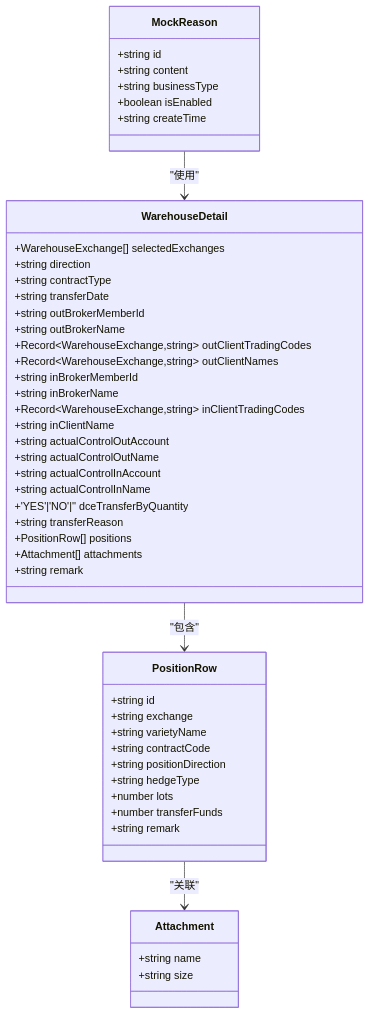
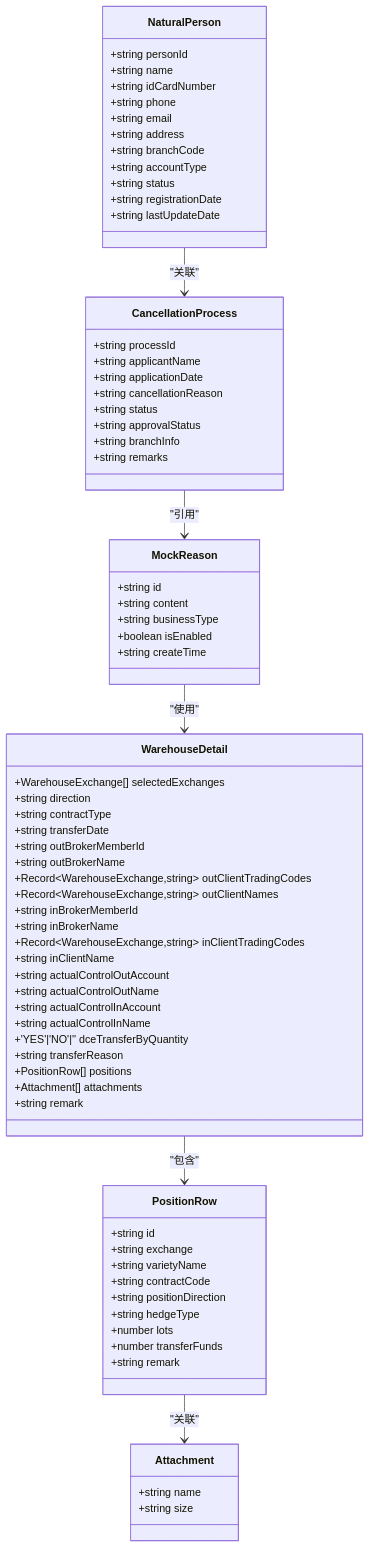
One commit to chinak/permission_apply changed the second of 10 diagrams in .qoder/repowiki/zh/content/状态管理系统/Mock数据管理.md. Above: the diagram before and after it, drawn with Mermaid. The commit also changed other lines of this file and 43 other files, not shown here.

````diff
--- a/.qoder/repowiki/zh/content/状态管理系统/Mock数据管理.md
+++ b/.qoder/repowiki/zh/content/状态管理系统/Mock数据管理.md
@@ -89,51 +100,76 @@
 ```mermaid
 classDiagram
 class MockReason {
 +string id
 +string content
 +string businessType
 +boolean isEnabled
 +string createTime
 }
 class WarehouseDetail {
 +WarehouseExchange[] selectedExchanges
 +string direction
 +string contractType
 +string transferDate
 +string outBrokerMemberId
 +string outBrokerName
 +Record~WarehouseExchange,string~ outClientTradingCodes
 +Record~WarehouseExchange,string~ outClientNames
 +string inBrokerMemberId
 +string inBrokerName
 +Record~WarehouseExchange,string~ inClientTradingCodes
 +string inClientName
 +string actualControlOutAccount
 +string actualControlOutName
 +string actualControlInAccount
 +string actualControlInName
 +'YES'|'NO'|'' dceTransferByQuantity
 +string transferReason
 +PositionRow[] positions
 +Attachment[] attachments
 +string remark
 }
 class PositionRow {
 +string id
 +string exchange
 +string varietyName
 +string contractCode
 +string positionDirection
 +string hedgeType
 +number lots
 +number transferFunds
 +string remark
 }
 class Attachment {
 +string name
 +string size
 }
+class CancellationProcess {
++string processId
++string applicantName
++string applicationDate
++string cancellationReason
++string status
++string approvalStatus
++string branchInfo
++string remarks
+}
+class NaturalPerson {
++string personId
++string name
++string idCardNumber
++string phone
++string email
++string address
++string branchCode
++string accountType
++string status
++string registrationDate
++string lastUpdateDate
+}
 MockReason --> WarehouseDetail : "使用"
 WarehouseDetail --> PositionRow : "包含"
 PositionRow --> Attachment : "关联"
+CancellationProcess --> MockReason : "引用"
+NaturalPerson --> CancellationProcess : "关联"
 ```
````
